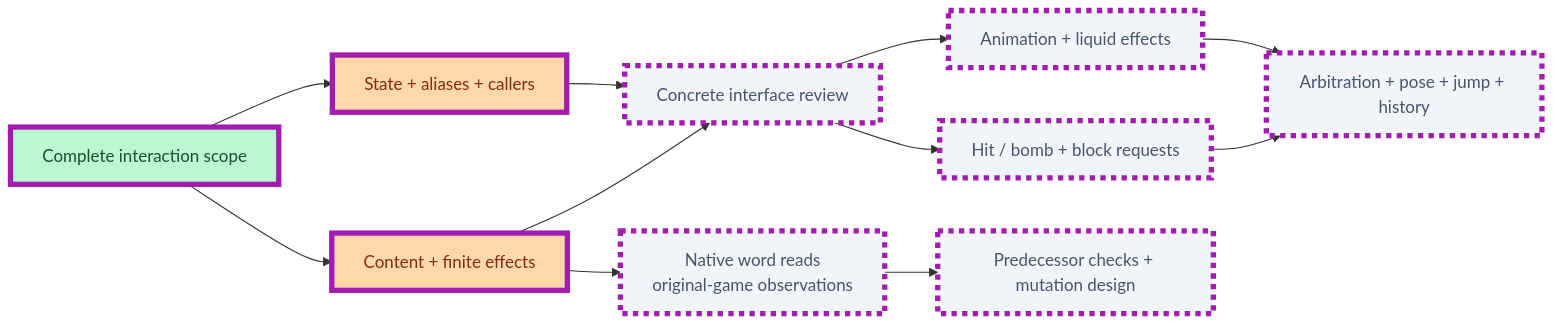
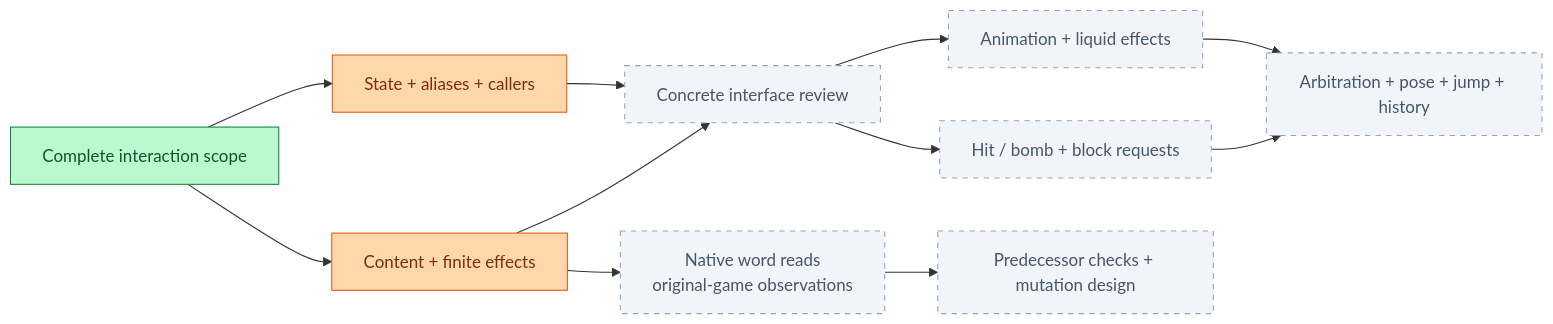
Before and after one commit to JimLundin/sm-decomp: the fourth of 23 diagrams in PROGRESS.md, drawn with Mermaid. The commit also changed other lines of this file and 1 other file, not shown here.

````diff
--- a/PROGRESS.md
+++ b/PROGRESS.md
@@ -213,18 +216,17 @@
 ```mermaid
 flowchart LR
     TS["Complete interaction scope"]:::done --> TO["State + aliases + callers"]:::active
     TS --> TC["Content + finite effects"]:::active
     TO --> TI["Concrete interface review"]:::pending
     TC --> TI
     TC --> TU["Native word reads<br/>original-game observations"]:::pending
     TI --> TA["Animation + liquid effects"]:::pending
     TI --> TH["Hit / bomb + block requests"]:::pending
     TA --> TR["Arbitration + pose + jump + history"]:::pending
     TH --> TR
     TU --> TV["Predecessor checks + mutation design"]:::pending
-    class TS,TO,TC,TI,TU,TA,TH,TR,TV changed
     classDef done fill:#bbf7d0,stroke:#15803d,color:#14532d
     classDef active fill:#fed7aa,stroke:#ea580c,color:#7c2d12
     classDef pending fill:#f1f5f9,stroke:#94a3b8,color:#475569,stroke-dasharray:5 5
     classDef changed stroke:#a21caf,stroke-width:5px
 ```
````
